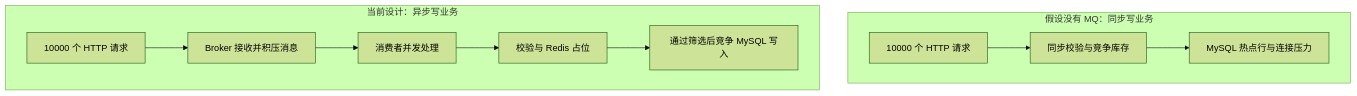
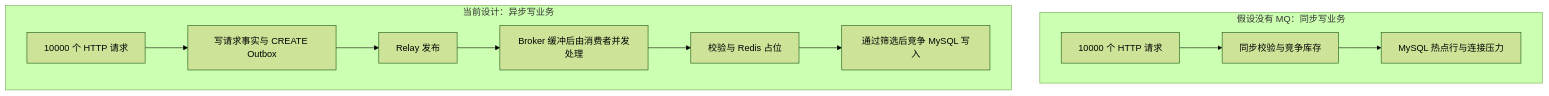
One commit to SyH-101/citypass-platform changed the third of 12 diagrams in 01-异步预约与防超卖.md. Above: the diagram before and after it, drawn with Mermaid (forest theme). The commit also changed other lines of this file and 1 other file, not shown here.

````diff
--- a/01-异步预约与防超卖.md
+++ b/01-异步预约与防超卖.md
@@ -222,13 +247,14 @@
 ```mermaid
 flowchart TD
     subgraph direct["假设没有 MQ：同步写业务"]
         A[10000 个 HTTP 请求] --> B[同步校验与竞争库存]
         B --> C[MySQL 热点行与连接压力]
     end
     subgraph queued["当前设计：异步写业务"]
-        D[10000 个 HTTP 请求] --> E[Broker 接收并积压消息]
-        E --> F[消费者并发处理]
+        D[10000 个 HTTP 请求] --> E[写请求事实与 CREATE Outbox]
+        E --> R[Relay 发布]
+        R --> F[Broker 缓冲后由消费者并发处理]
         F --> G[校验与 Redis 占位]
         G --> H[通过筛选后竞争 MySQL 写入]
     end
 ```
````
